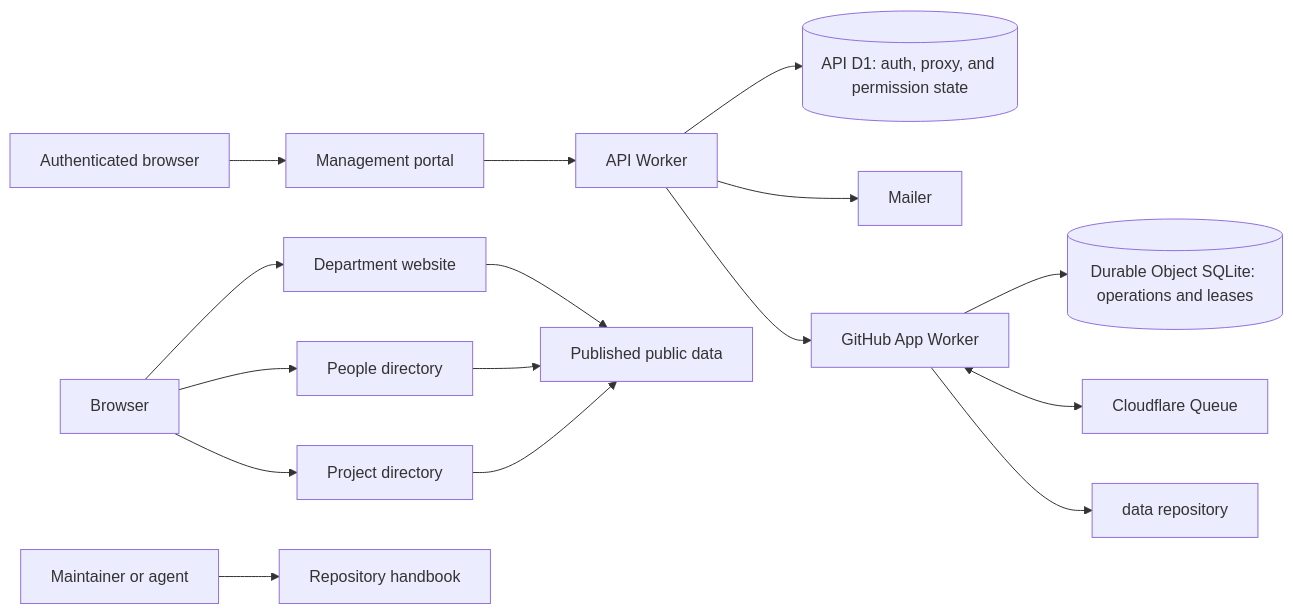
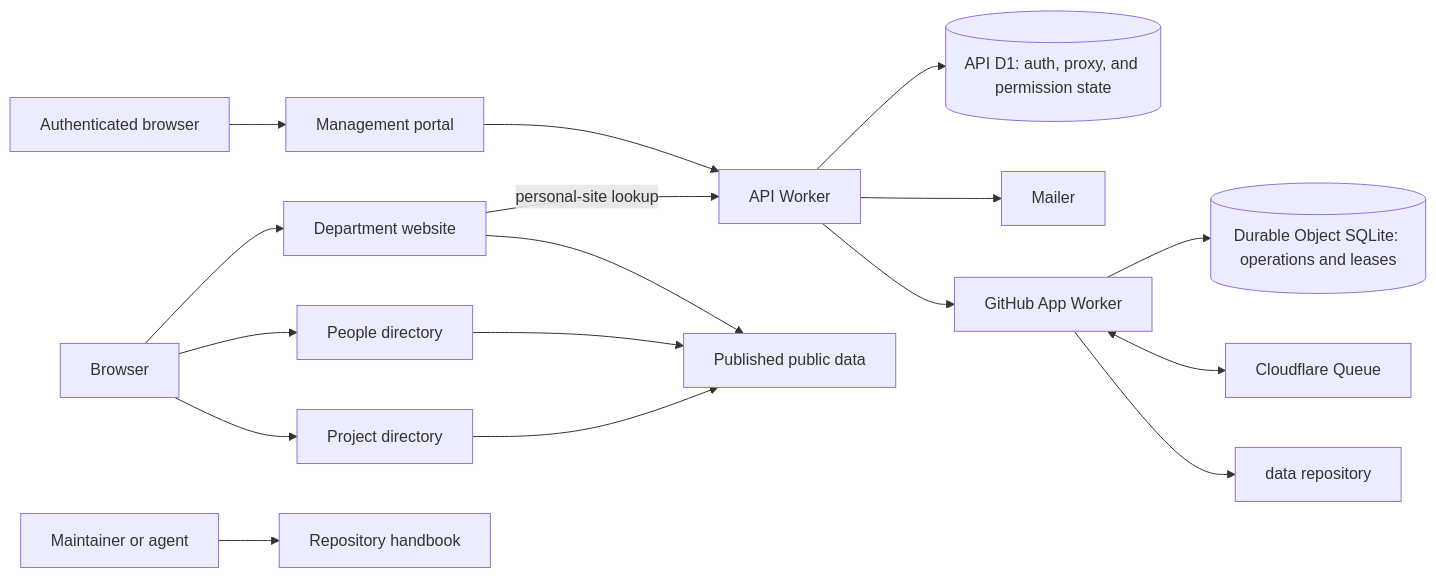
The diagram in README.md (shamilaw-sci/CSC3213_20_Group_B), drawn with Mermaid before and after one commit. The commit also changed 40 other files, not shown here.

Commit message:
feat(web): replace personal site proxy with redirects

````diff
--- a/README.md
+++ b/README.md
@@ -25,18 +25,19 @@
 ```mermaid
 flowchart LR
   Visitor[Browser] --> Web[Department website]
   Visitor --> People[People directory]
   Visitor --> Projects[Project directory]
   Maintainer[Maintainer or agent] --> Docs[Repository handbook]
   Member[Authenticated browser] --> Portal[Management portal]
   Portal --> API[API Worker]
+  Web -->|personal-site lookup| API
   API --> State[(API D1: auth, proxy, and permission state)]
   API --> Mailer[Mailer]
   API --> Automation[GitHub App Worker]
   Automation --> Operations[(Durable Object SQLite: operations and leases)]
   Automation <--> Queue[Cloudflare Queue]
   Automation --> DataRepo[data repository]
   Web --> PublicData[Published public data]
   People --> PublicData
   Projects --> PublicData
 ```
````
